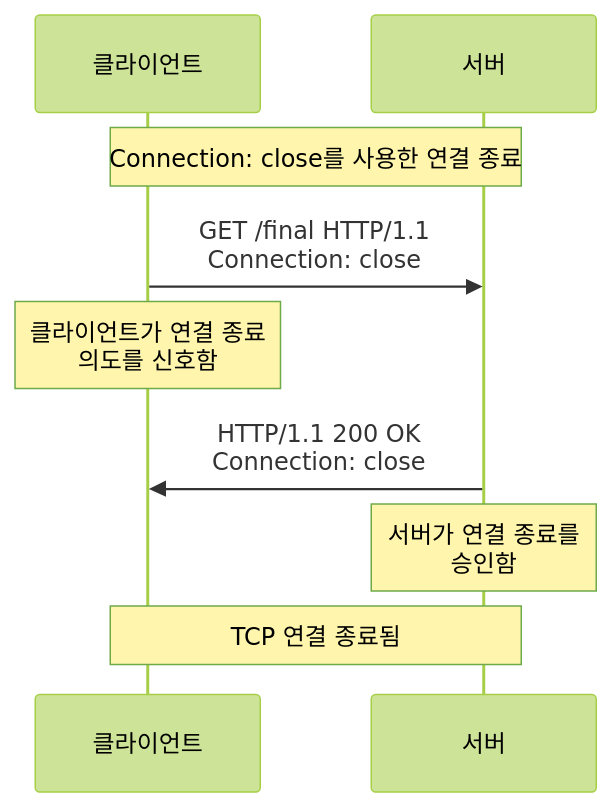
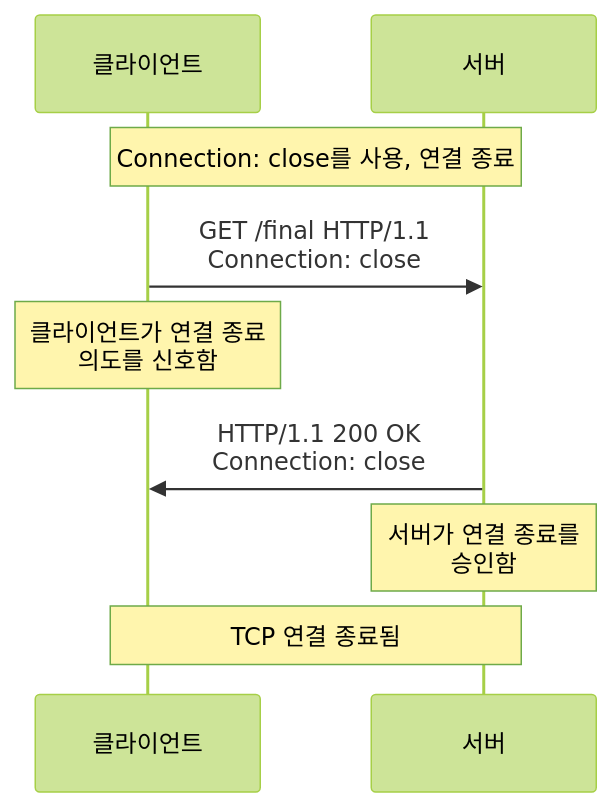
The second of 3 diagrams in _posts/2025-03-11-network-http-hol.md (shchooii/shchooii.github.io), drawn with Mermaid (forest theme) before and after one commit.

````diff
--- a/_posts/2025-03-11-network-http-hol.md
+++ b/_posts/2025-03-11-network-http-hol.md
@@ -100,12 +100,12 @@
 ```mermaid
 sequenceDiagram
   participant 클라이언트
   participant 서버
   
-  Note over 클라이언트, 서버: Connection: close를 사용한 연결 종료
+  Note over 클라이언트, 서버: Connection: close를 사용, 연결 종료
   클라이언트->>서버: GET /final HTTP/1.1<br/>Connection: close
   Note over 클라이언트: 클라이언트가 연결 종료<br/>의도를 신호함
   서버->>클라이언트: HTTP/1.1 200 OK<br/>Connection: close
   Note over 서버: 서버가 연결 종료를<br/>승인함
   Note over 클라이언트, 서버: TCP 연결 종료됨
 ```
````
